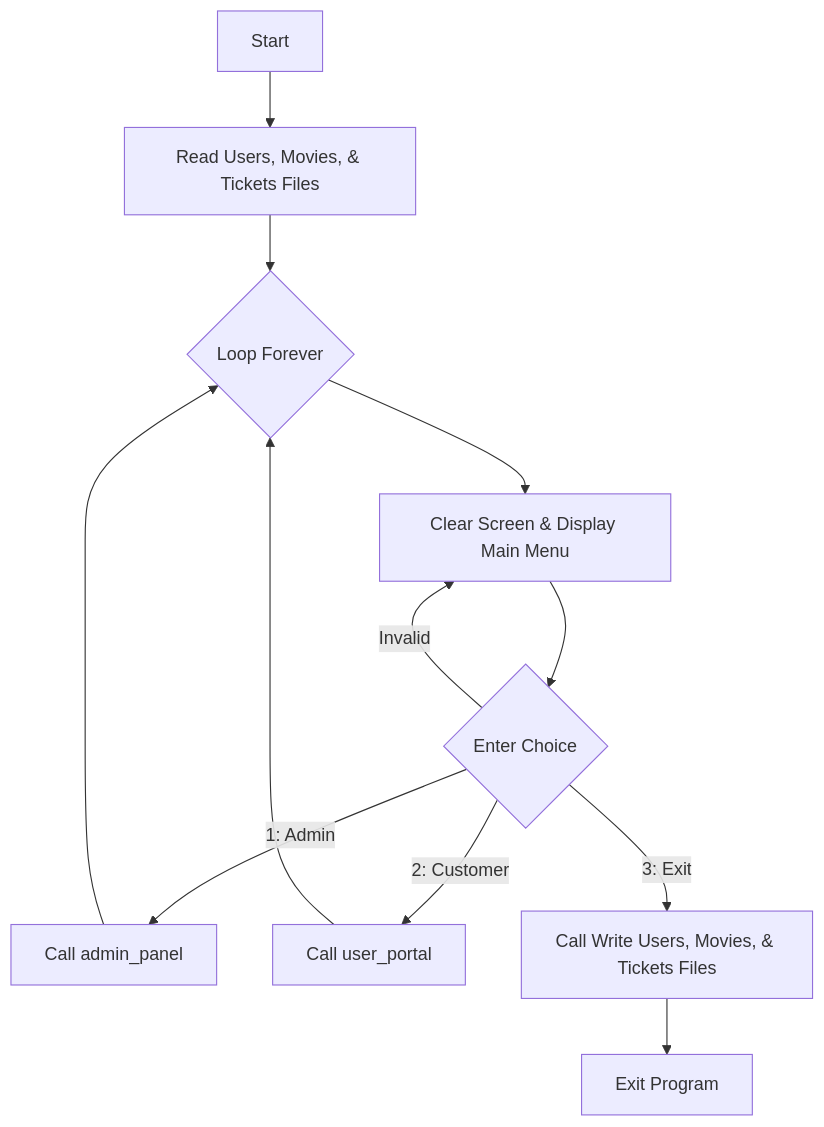
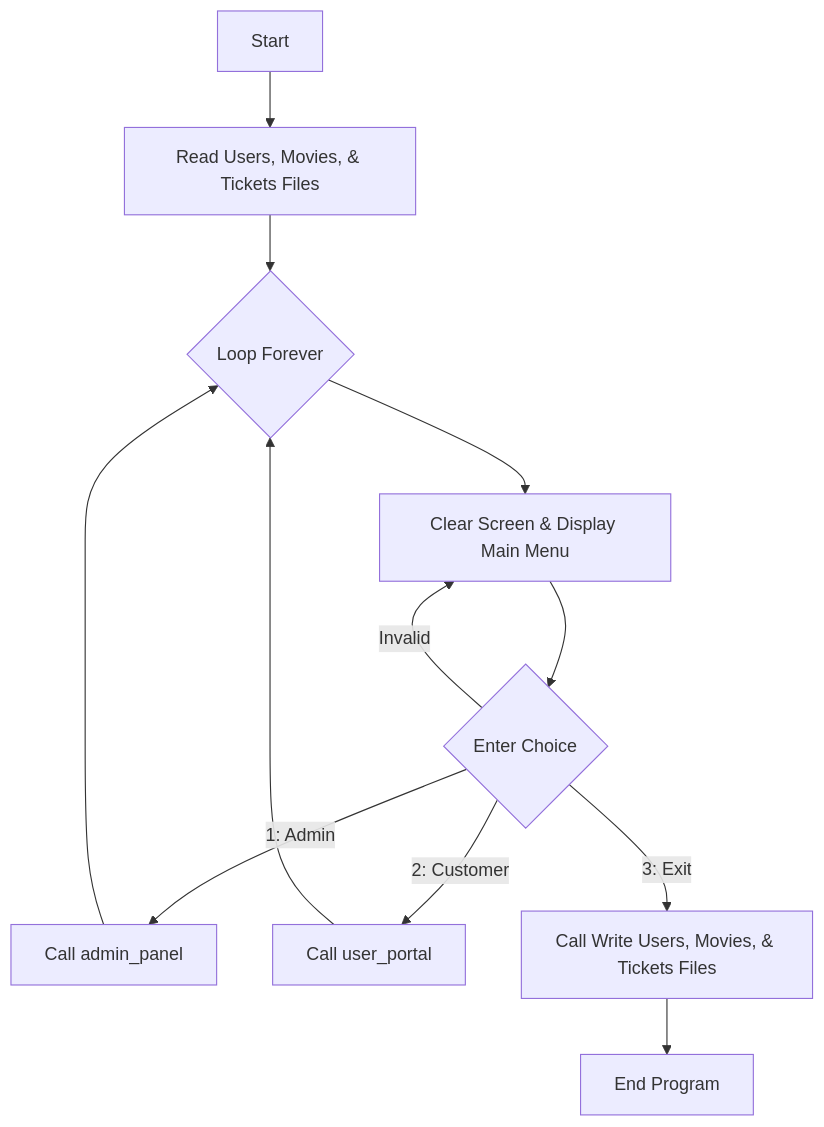
One commit to QUENJiX/test.github.io changed the first of 4 diagrams in README.md. Above: the diagram before and after it, drawn with Mermaid. The commit also changed other lines of this file, not shown here.

````diff
--- a/README.md
+++ b/README.md
@@ -235,14 +236,14 @@
 ```mermaid
 graph TD
     A[Start] --> B[Read Users, Movies, & Tickets Files];
     B --> C{Loop Forever};
-    C --> D[Clear Screen & Display Main Menu];
+    C --> D["Clear Screen & Display Main Menu"];
     D --> E{Enter Choice};
     E -->|1: Admin| F[Call admin_panel];
     E -->|2: Customer| G[Call user_portal];
     E -->|3: Exit| H[Call Write Users, Movies, & Tickets Files];
     F --> C;
     G --> C;
-    H --> I[Exit Program];
+    H --> I[End Program];
     E -->|Invalid| D;
 ```
````
